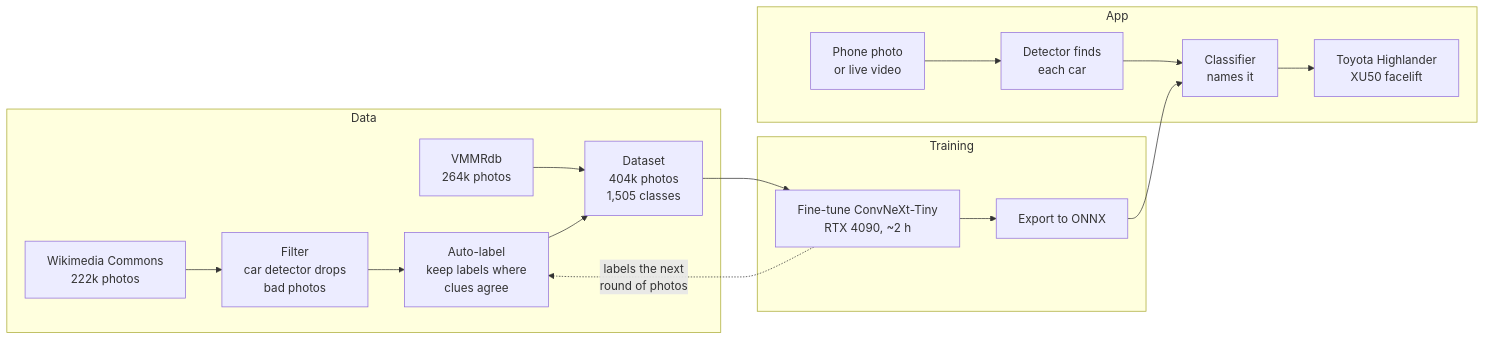
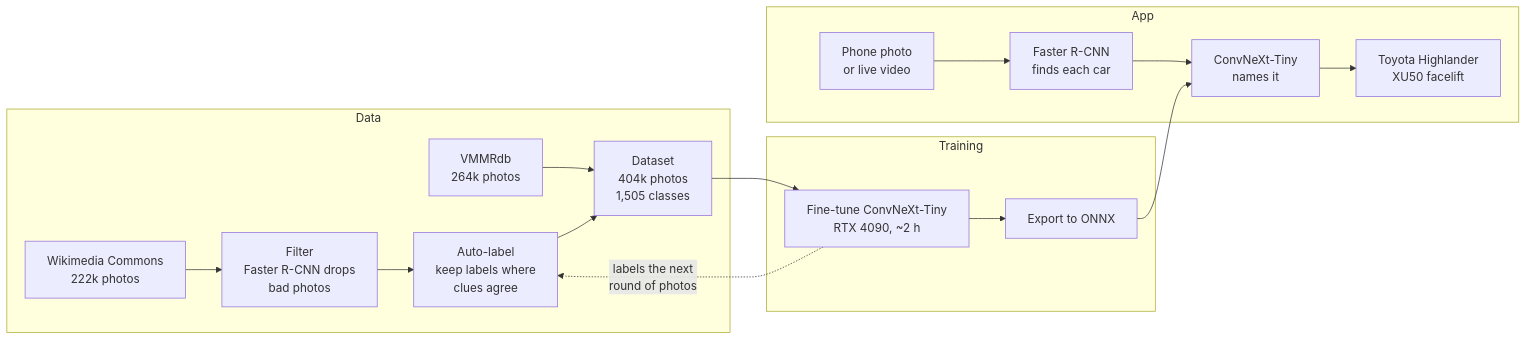
One commit to timmyd4/Vehicle_Identifier changed the diagram in README.md. Above: the diagram before and after it, drawn with Mermaid.

Commit message:
README diagram: name Faster R-CNN and ConvNeXt-Tiny

````diff
--- a/README.md
+++ b/README.md
@@ -12,20 +12,20 @@
 ```mermaid
 flowchart LR
     subgraph Data
-        A[Wikimedia Commons<br/>222k photos] --> B[Filter<br/>car detector drops<br/>bad photos]
+        A[Wikimedia Commons<br/>222k photos] --> B[Filter<br/>Faster R-CNN drops<br/>bad photos]
         B --> C[Auto-label<br/>keep labels where<br/>clues agree]
         V[VMMRdb<br/>264k photos] --> D
         C --> D[Dataset<br/>404k photos<br/>1,505 classes]
     end
     subgraph Training
         D --> E[Fine-tune ConvNeXt-Tiny<br/>RTX 4090, ~2 h]
         E --> F[Export to ONNX]
     end
     subgraph App
-        P[Phone photo<br/>or live video] --> G[Detector finds<br/>each car]
-        G --> H[Classifier<br/>names it]
+        P[Phone photo<br/>or live video] --> G[Faster R-CNN<br/>finds each car]
+        G --> H[ConvNeXt-Tiny<br/>names it]
         F --> H
         H --> I[Toyota Highlander<br/>XU50 facelift]
     end
     E -. labels the next<br/>round of photos .-> C
 ```
````
